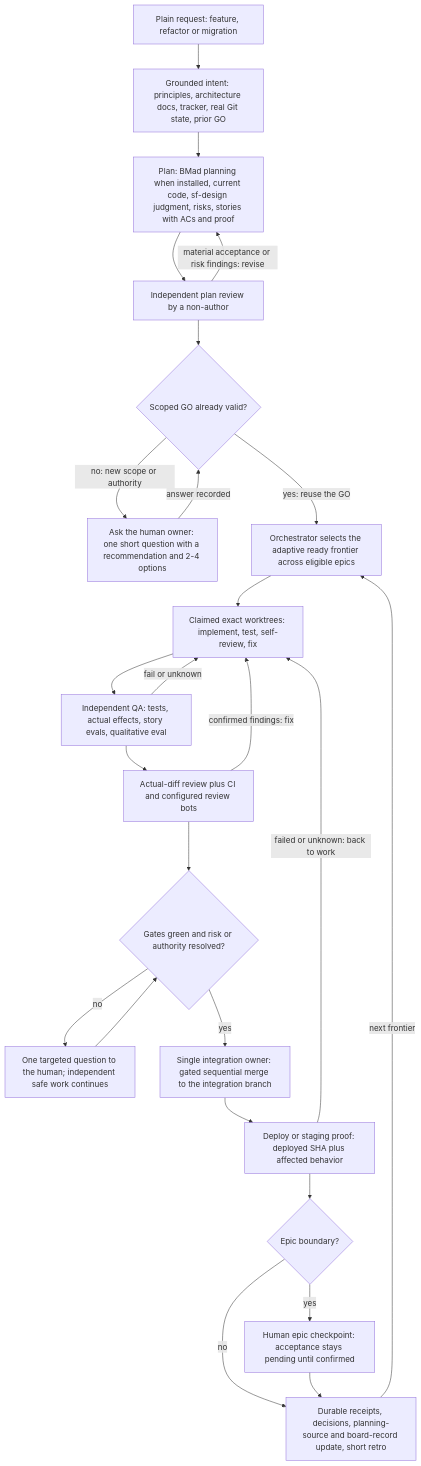
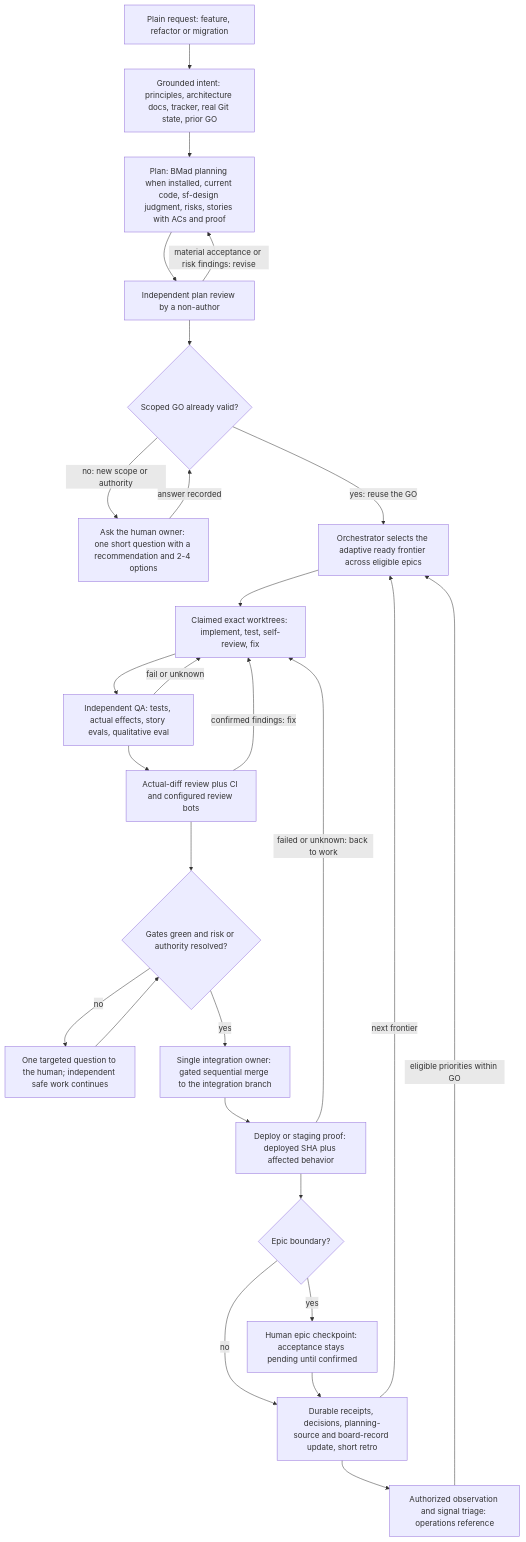
The diagram in skills/software-factory/workflows/feature.md (sbeeredd04/software-factory), drawn with Mermaid before and after one commit. The commit also changed other lines of this file and 3 other files, not shown here.

Commit message:
feat: connect authorized observations to delivery priorities

````diff
--- a/skills/software-factory/workflows/feature.md
+++ b/skills/software-factory/workflows/feature.md
@@ -7,27 +7,29 @@
 ```mermaid
 flowchart TD
   Q[Plain request: feature, refactor or migration] --> G[Grounded intent: principles, architecture docs, tracker, real Git state, prior GO]
   G --> P[Plan: BMad planning when installed, current code, sf-design judgment, risks, stories with ACs and proof]
   P --> R[Independent plan review by a non-author]
   R -->|material acceptance or risk findings: revise| P
   R --> A{Scoped GO already valid?}
   A -->|no: new scope or authority| H[Ask the human owner: one short question with a recommendation and 2-4 options]
   H -->|answer recorded| A
   A -->|yes: reuse the GO| O[Orchestrator selects the adaptive ready frontier across eligible epics]
   O --> W[Claimed exact worktrees: implement, test, self-review, fix]
   W --> V[Independent QA: tests, actual effects, story evals, qualitative eval]
   V -->|fail or unknown| W
   V --> D[Actual-diff review plus CI and configured review bots]
   D -->|confirmed findings: fix| W
   D --> T{Gates green and risk or authority resolved?}
   T -->|no| N[One targeted question to the human; independent safe work continues]
   N --> T
   T -->|yes| M[Single integration owner: gated sequential merge to the integration branch]
   M --> S[Deploy or staging proof: deployed SHA plus affected behavior]
   S -->|failed or unknown: back to work| W
   S --> C{Epic boundary?}
   C -->|yes| E[Human epic checkpoint: acceptance stays pending until confirmed]
   C -->|no| K[Durable receipts, decisions, planning-source and board-record update, short retro]
   E --> K
   K -->|next frontier| O
+  K --> OP[Authorized observation and signal triage: operations reference]
+  OP -->|eligible priorities within GO| O
 ```
````
